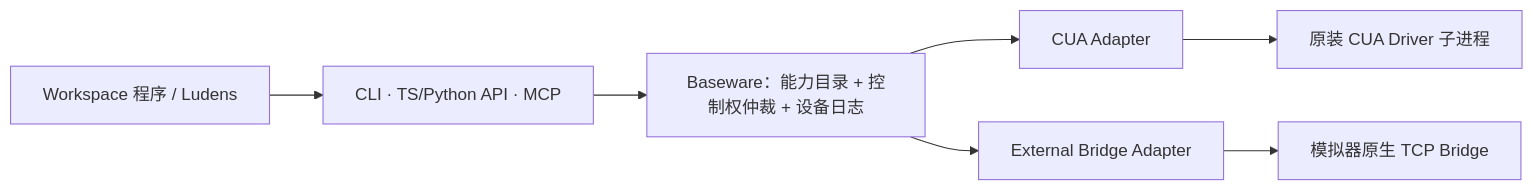
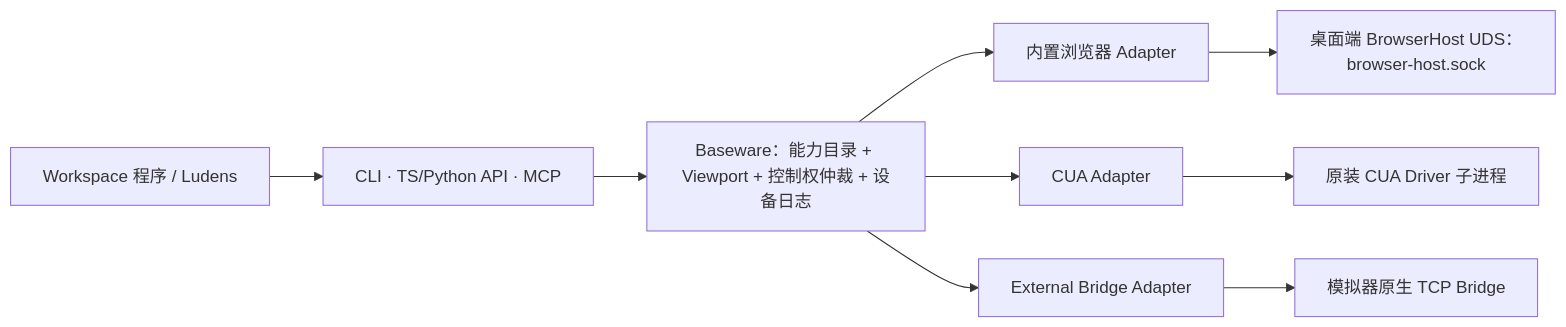
Before and after one commit to Arkevo-Lab/Ludens: the diagram in docs/zh/reference/baseware.md, drawn with Mermaid. The commit also changed other lines of this file and 94 other files, not shown here.

````diff
--- a/docs/zh/reference/baseware.md
+++ b/docs/zh/reference/baseware.md
@@ -12,9 +12,11 @@
 ```mermaid
 flowchart LR
     W[Workspace 程序 / Ludens] --> C[CLI · TS/Python API · MCP]
-    C --> B[Baseware：能力目录 + 控制权仲裁 + 设备日志]
+    C --> B[Baseware：能力目录 + Viewport + 控制权仲裁 + 设备日志]
+    B --> BR[内置浏览器 Adapter]
+    BR --> BH[桌面端 BrowserHost UDS：browser-host.sock]
     B --> U[CUA Adapter]
     U --> N[原装 CUA Driver 子进程]
     B --> E[External Bridge Adapter]
     E --> H[模拟器原生 TCP Bridge]
 ```
````
